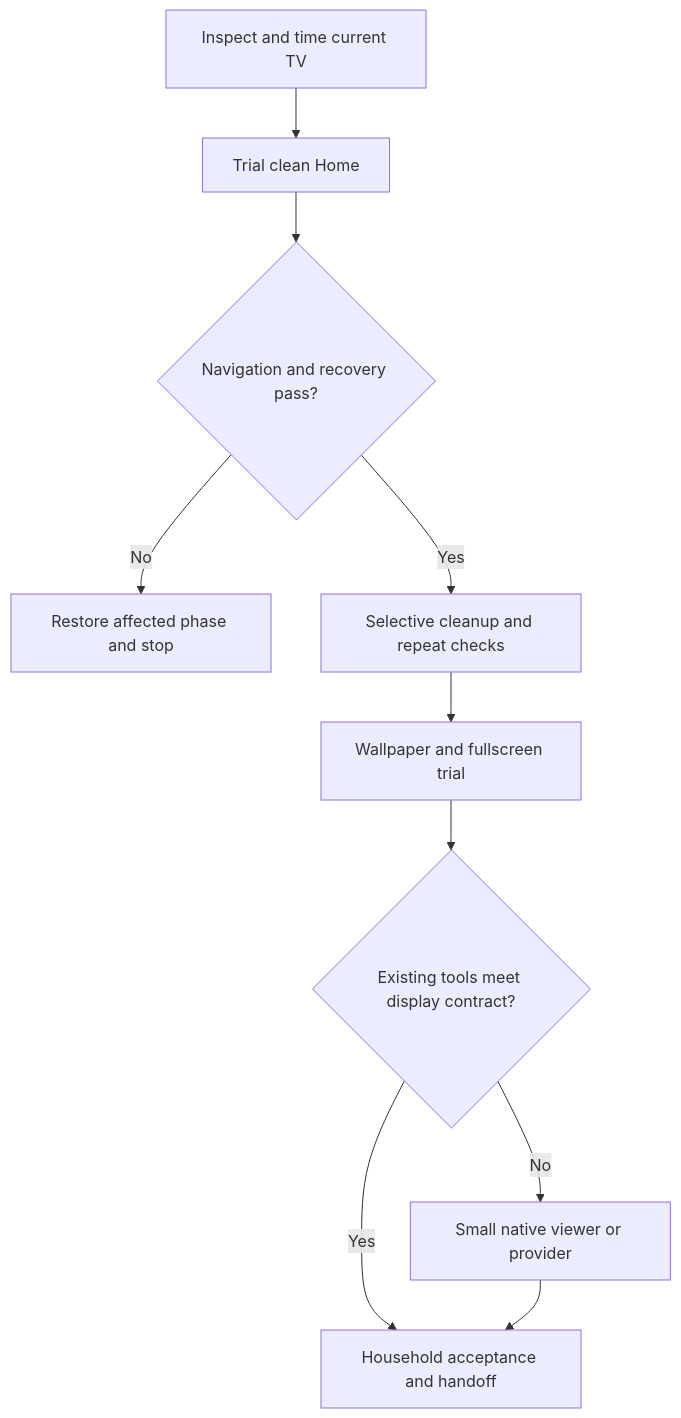
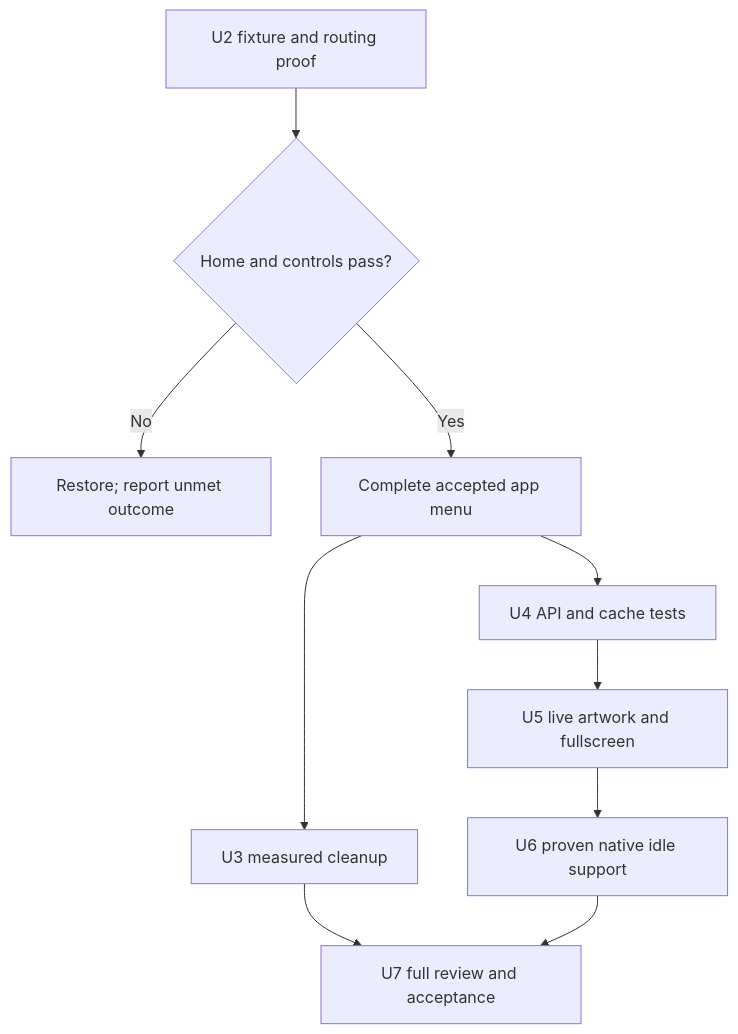
One commit to andres-monge/haystack changed the fourth of 4 diagrams in docs/plans/2026-10-18-0839-feat-sony-tv-haystack-integration-plan.md. Above: the diagram before and after it, drawn with Mermaid. The commit also changed other lines of this file and 2 other files, not shown here.

Commit message:
docs: revise TV plan around free artwork and bounded Sony proof

````diff
--- a/docs/plans/2026-10-18-0839-feat-sony-tv-haystack-integration-plan.md
+++ b/docs/plans/2026-10-18-0839-feat-sony-tv-haystack-integration-plan.md
@@ -165,12 +183,12 @@
 ```mermaid
 flowchart TB
-  Baseline[Inspect and time current TV] --> Launcher[Trial clean Home]
-  Launcher --> Gate{Navigation and recovery pass?}
-  Gate -->|No| Restore[Restore affected phase and stop]
-  Gate -->|Yes| Cleanup[Selective cleanup and repeat checks]
-  Cleanup --> Art[Wallpaper and fullscreen trial]
-  Art --> Ready{Existing tools meet display contract?}
-  Ready -->|Yes| Finish[Household acceptance and handoff]
-  Ready -->|No| Native[Small native viewer or provider]
-  Native --> Finish
+  Proof[U2 fixture and routing proof] --> Gate{Home and controls pass?}
+  Gate -->|No| Restore[Restore; report unmet outcome]
+  Gate -->|Yes| Menu[Complete accepted app menu]
+  Menu --> Cleanup[U3 measured cleanup]
+  Menu --> Delivery[U4 API and cache tests]
+  Delivery --> Wallpaper[U5 live artwork and fullscreen]
+  Wallpaper --> Idle[U6 proven native idle support]
+  Cleanup --> Final[U7 full review and acceptance]
+  Idle --> Final
 ```
````
